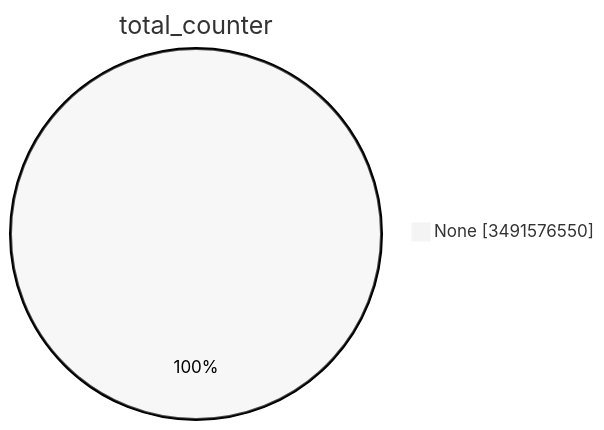
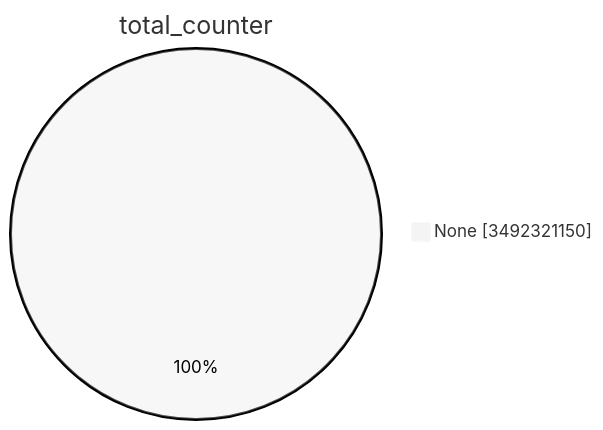
One commit to christiankrug/ctmonitor_visualization changed the first of 15 diagrams in TOTAL/README.md. Above: the diagram before and after it, drawn with Mermaid (neutral theme). The commit also changed other lines of this file, not shown here.

````diff
--- a/TOTAL/README.md
+++ b/TOTAL/README.md
@@ -1,5 +1,5 @@
 ```mermaid
 pie showData
 title total_counter
-"None" :3491576550
+"None" :3492321150
 ```
````
